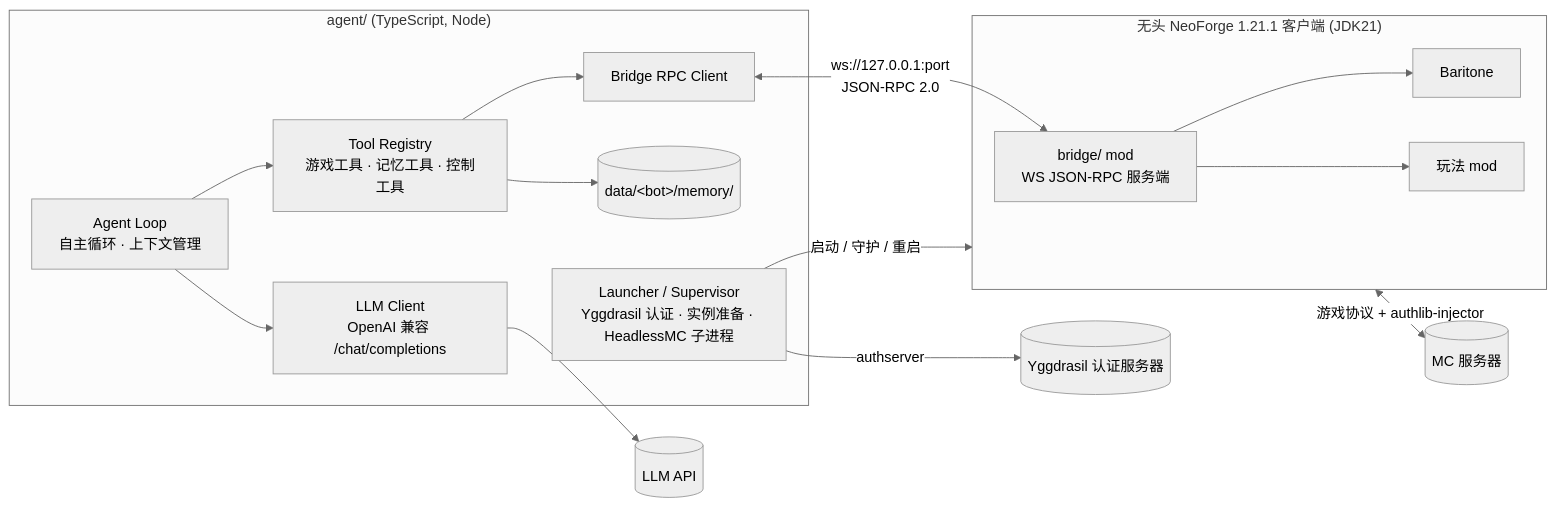
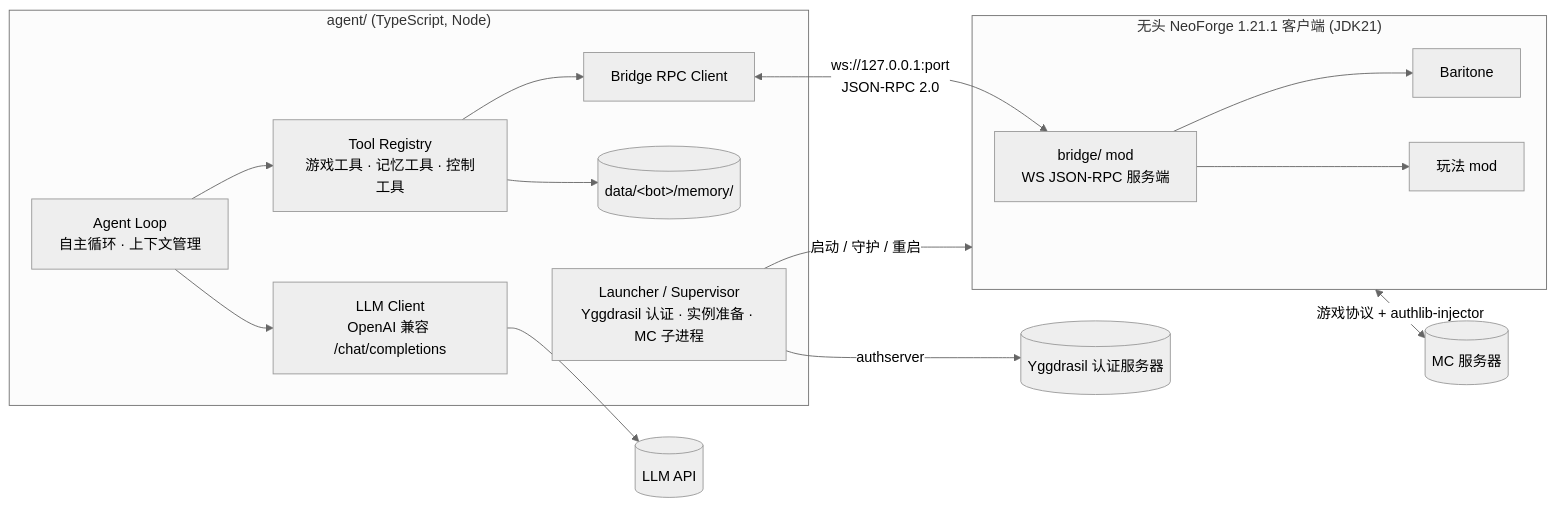
The first of 2 diagrams in docs/DESIGN.md (chuigda/SmartWhale), drawn with Mermaid (neutral theme) before and after one commit. The commit also changed other lines of this file and 61 other files, not shown here.

````diff
--- a/docs/DESIGN.md
+++ b/docs/DESIGN.md
@@ -25,27 +25,27 @@
 ```mermaid
 flowchart LR
   subgraph Node["agent/ (TypeScript, Node)"]
-    Sup[Launcher / Supervisor<br/>Yggdrasil 认证 · 实例准备 · HeadlessMC 子进程]
+    Sup[Launcher / Supervisor<br/>Yggdrasil 认证 · 实例准备 · MC 子进程]
     Loop[Agent Loop<br/>自主循环 · 上下文管理]
     LLM[LLM Client<br/>OpenAI 兼容 /chat/completions]
     Tools[Tool Registry<br/>游戏工具 · 记忆工具 · 控制工具]
     Mem[(data/&lt;bot&gt;/memory/)]
     RPC[Bridge RPC Client]
     Loop --> LLM
     Loop --> Tools
     Tools --> RPC
     Tools --> Mem
   end
   subgraph MC["无头 NeoForge 1.21.1 客户端 (JDK21)"]
     Bridge[bridge/ mod<br/>WS JSON-RPC 服务端]
     Bar[Baritone]
     Mods[玩法 mod]
     Bridge --> Bar
     Bridge --> Mods
   end
   Sup -->|启动 / 守护 / 重启| MC
   RPC <-->|ws://127.0.0.1:port<br/>JSON-RPC 2.0| Bridge
   MC <-->|游戏协议 + authlib-injector| Server[(MC 服务器)]
   Sup -->|authserver| Ygg[(Yggdrasil 认证服务器)]
   LLM --> API[(LLM API)]
 ```
````
